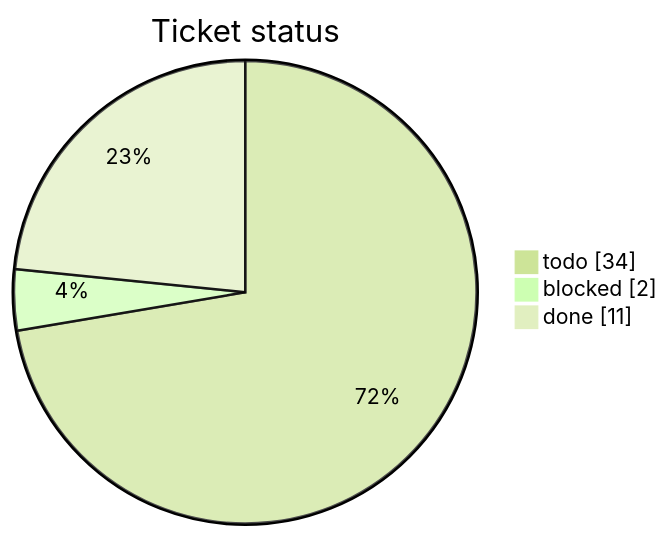
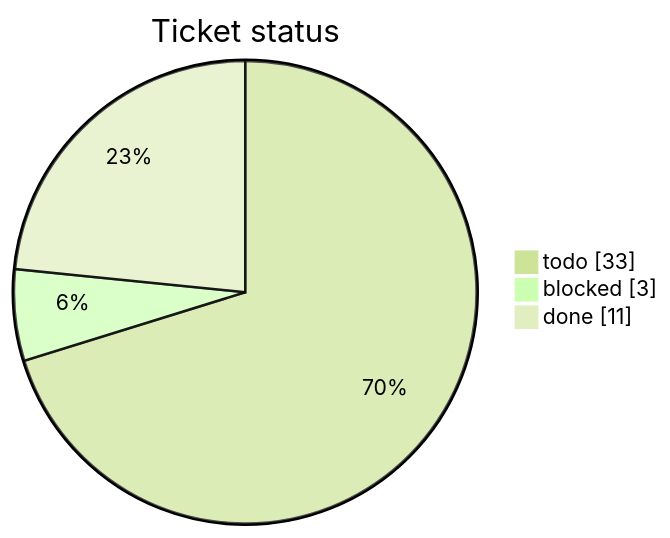
One commit to mohamed-soubhi/bootlab-esp changed the first of 3 diagrams in tickets/TICKETS.md. Above: the diagram before and after it, drawn with Mermaid (forest theme). The commit also changed other lines of this file and 3 other files, not shown here.

````diff
--- a/tickets/TICKETS.md
+++ b/tickets/TICKETS.md
@@ -10,6 +10,6 @@
 ```mermaid
 pie showData title Ticket status
-    "todo" : 34
-    "blocked" : 2
+    "todo" : 33
+    "blocked" : 3
     "done" : 11
 ```
````
